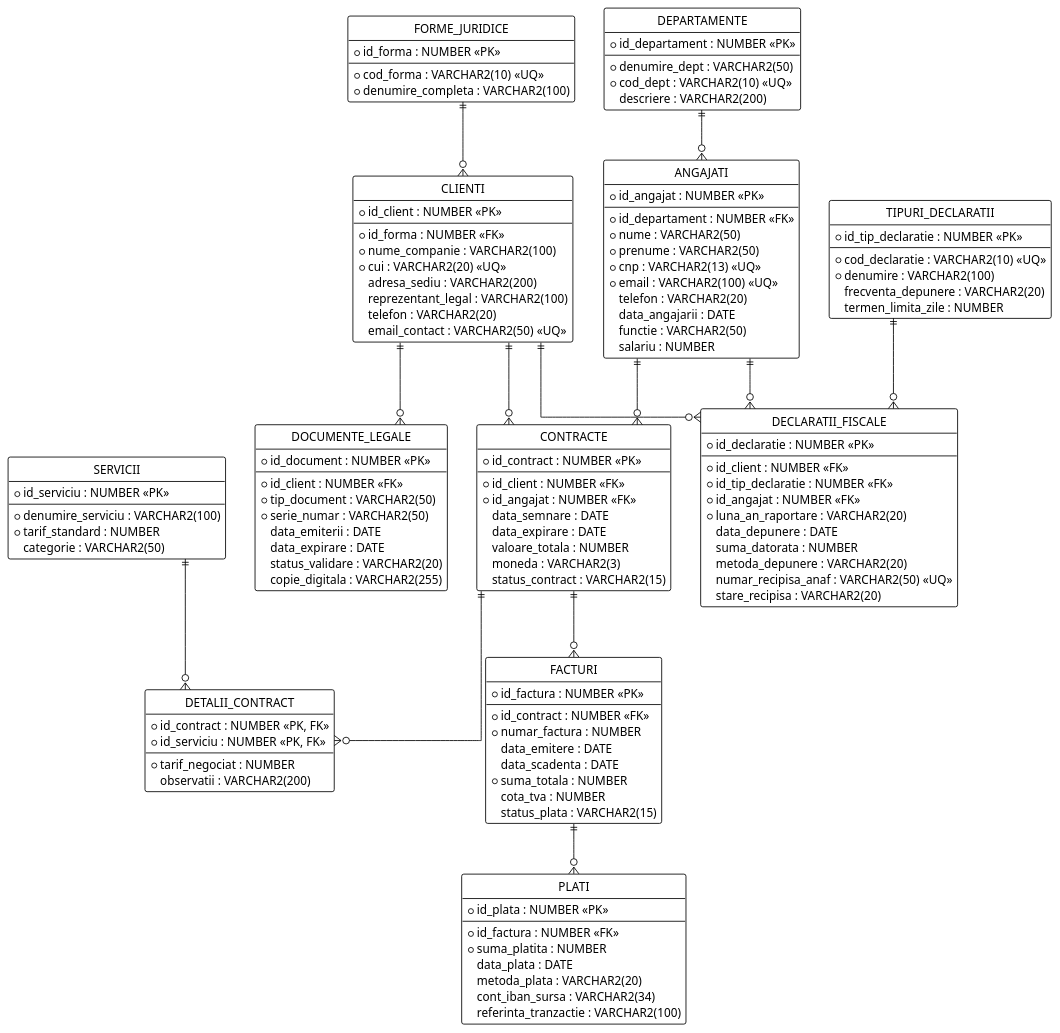
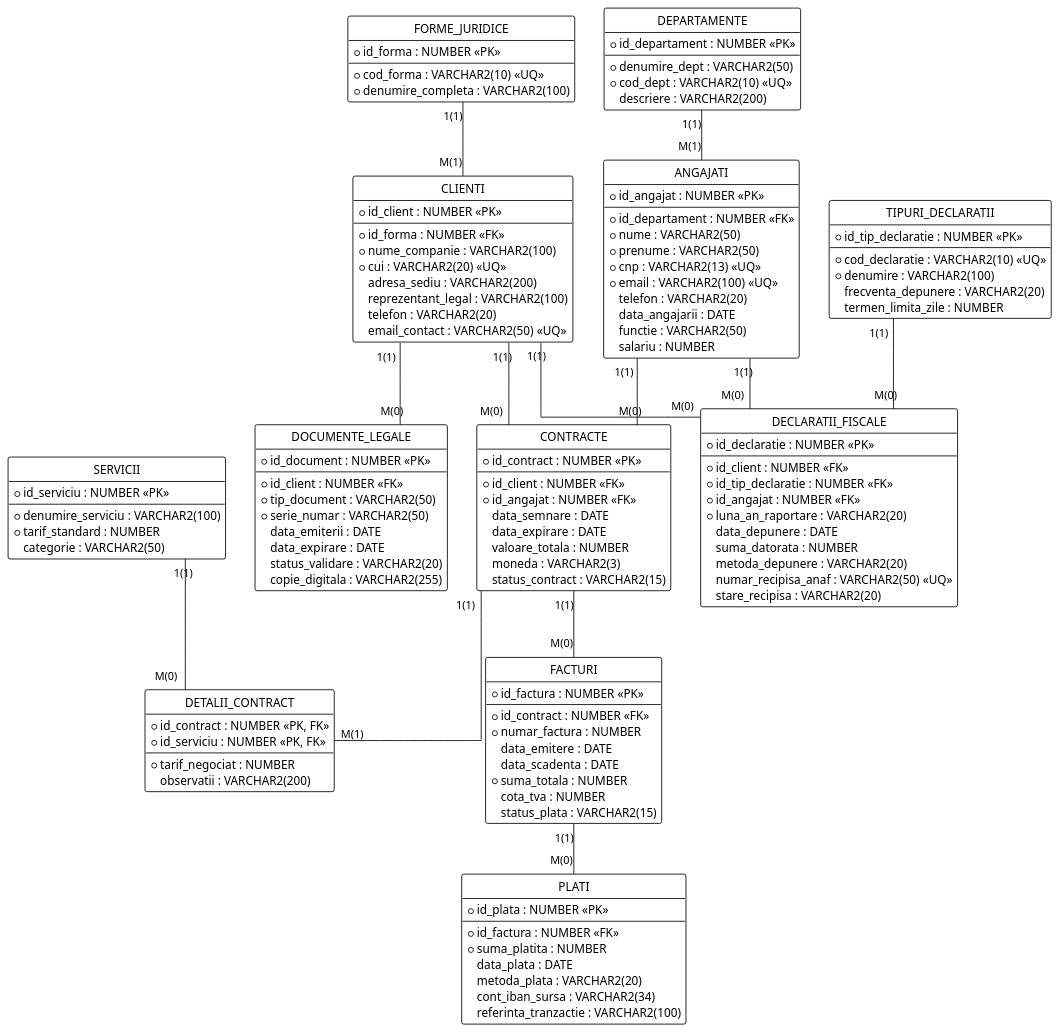
The diagram in diagrama-er.puml (costitza/bd-accountcompany), drawn with PlantUML before and after one commit.

Commit message:
modified relations to match appereance in demo

```diff
--- a/diagrama-er.puml
+++ b/diagrama-er.puml
@@ -1,154 +1,154 @@
 @startuml erd
 !theme plain
 hide circle
 skinparam linetype ortho
 
 ' Definirea stilului pentru PK si FK
 skinparam class {
     BackgroundColor White
     ArrowColor Black
     BorderColor Black
 }
 
 entity "DEPARTAMENTE" as DEPARTAMENTE {
   * id_departament : NUMBER <<PK>>
   --
   * denumire_dept : VARCHAR2(50)
   * cod_dept : VARCHAR2(10) <<UQ>>
     descriere : VARCHAR2(200)
 }
 
 entity "FORME_JURIDICE" as FORME_JURIDICE {
   * id_forma : NUMBER <<PK>>
   --
   * cod_forma : VARCHAR2(10) <<UQ>>
   * denumire_completa : VARCHAR2(100)
 }
 
 entity "SERVICII" as SERVICII {
   * id_serviciu : NUMBER <<PK>>
   --
   * denumire_serviciu : VARCHAR2(100)
   * tarif_standard : NUMBER
     categorie : VARCHAR2(50)
 }
 
 entity "TIPURI_DECLARATII" as TIPURI_DECLARATII {
   * id_tip_declaratie : NUMBER <<PK>>
   --
   * cod_declaratie : VARCHAR2(10) <<UQ>>
   * denumire : VARCHAR2(100)
     frecventa_depunere : VARCHAR2(20)
     termen_limita_zile : NUMBER
 }
 
 entity "ANGAJATI" as ANGAJATI {
   * id_angajat : NUMBER <<PK>>
   --
   * id_departament : NUMBER <<FK>>
   * nume : VARCHAR2(50)
   * prenume : VARCHAR2(50)
   * cnp : VARCHAR2(13) <<UQ>>
   * email : VARCHAR2(100) <<UQ>>
     telefon : VARCHAR2(20)
     data_angajarii : DATE
     functie : VARCHAR2(50)
     salariu : NUMBER
 }
 
 entity "CLIENTI" as CLIENTI {
   * id_client : NUMBER <<PK>>
   --
   * id_forma : NUMBER <<FK>>
   * nume_companie : VARCHAR2(100)
   * cui : VARCHAR2(20) <<UQ>>
     adresa_sediu : VARCHAR2(200)
     reprezentant_legal : VARCHAR2(100)
     telefon : VARCHAR2(20)
     email_contact : VARCHAR2(50) <<UQ>>
 }
 
 entity "DOCUMENTE_LEGALE" as DOCUMENTE_LEGALE {
   * id_document : NUMBER <<PK>>
   --
   * id_client : NUMBER <<FK>>
   * tip_document : VARCHAR2(50)
   * serie_numar : VARCHAR2(50)
     data_emiterii : DATE
     data_expirare : DATE
     status_validare : VARCHAR2(20)
     copie_digitala : VARCHAR2(255)
 }
 
 entity "CONTRACTE" as CONTRACTE {
   * id_contract : NUMBER <<PK>>
   --
   * id_client : NUMBER <<FK>>
   * id_angajat : NUMBER <<FK>>
     data_semnare : DATE
     data_expirare : DATE
     valoare_totala : NUMBER
     moneda : VARCHAR2(3)
     status_contract : VARCHAR2(15)
 }
 
 entity "DETALII_CONTRACT" as DETALII_CONTRACT {
   * id_contract : NUMBER <<PK, FK>>
   * id_serviciu : NUMBER <<PK, FK>>
   --
   * tarif_negociat : NUMBER
     observatii : VARCHAR2(200)
 }
 
 entity "FACTURI" as FACTURI {
   * id_factura : NUMBER <<PK>>
   --
   * id_contract : NUMBER <<FK>>
   * numar_factura : NUMBER
     data_emitere : DATE
     data_scadenta : DATE
   * suma_totala : NUMBER
     cota_tva : NUMBER
     status_plata : VARCHAR2(15)
 }
 
 entity "PLATI" as PLATI {
   * id_plata : NUMBER <<PK>>
   --
   * id_factura : NUMBER <<FK>>
   * suma_platita : NUMBER
     data_plata : DATE
     metoda_plata : VARCHAR2(20)
     cont_iban_sursa : VARCHAR2(34)
     referinta_tranzactie : VARCHAR2(100)
 }
 
 entity "DECLARATII_FISCALE" as DECLARATII_FISCALE {
   * id_declaratie : NUMBER <<PK>>
   --
   * id_client : NUMBER <<FK>>
   * id_tip_declaratie : NUMBER <<FK>>
   * id_angajat : NUMBER <<FK>>
   * luna_an_raportare : VARCHAR2(20)
     data_depunere : DATE
     suma_datorata : NUMBER
     metoda_depunere : VARCHAR2(20)
     numar_recipisa_anaf : VARCHAR2(50) <<UQ>>
     stare_recipisa : VARCHAR2(20)
 }
 
-' Relatiile logice
-DEPARTAMENTE ||--o{ ANGAJATI
-FORME_JURIDICE ||--o{ CLIENTI
-CLIENTI ||--o{ DOCUMENTE_LEGALE
-CLIENTI ||--o{ CONTRACTE
-ANGAJATI ||--o{ CONTRACTE
-CONTRACTE ||--o{ DETALII_CONTRACT
-SERVICII ||--o{ DETALII_CONTRACT
-CONTRACTE ||--o{ FACTURI
-FACTURI ||--o{ PLATI
-CLIENTI ||--o{ DECLARATII_FISCALE
-TIPURI_DECLARATII ||--o{ DECLARATII_FISCALE
-ANGAJATI ||--o{ DECLARATII_FISCALE
+' Relatiile logice conform stilului image.png
+DEPARTAMENTE "1(1)" -- "M(1)" ANGAJATI
+FORME_JURIDICE "1(1)" -- "M(1)" CLIENTI
+CLIENTI "1(1)" -- "M(0)" DOCUMENTE_LEGALE
+CLIENTI "1(1)" -- "M(0)" CONTRACTE
+ANGAJATI "1(1)" -- "M(0)" CONTRACTE
+CONTRACTE "1(1)" -- "M(1)" DETALII_CONTRACT
+SERVICII "1(1)" -- "M(0)" DETALII_CONTRACT
+CONTRACTE "1(1)" -- "M(0)" FACTURI
+FACTURI "1(1)" -- "M(0)" PLATI
+CLIENTI "1(1)" -- "M(0)" DECLARATII_FISCALE
+TIPURI_DECLARATII "1(1)" -- "M(0)" DECLARATII_FISCALE
+ANGAJATI "1(1)" -- "M(0)" DECLARATII_FISCALE
 
 @enduml
```
